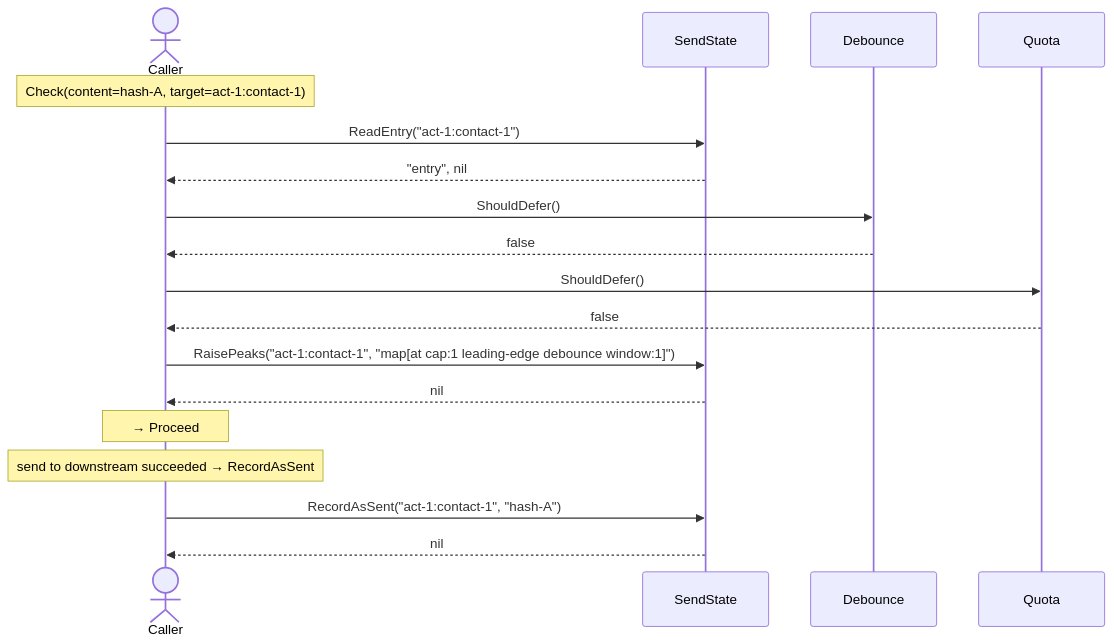
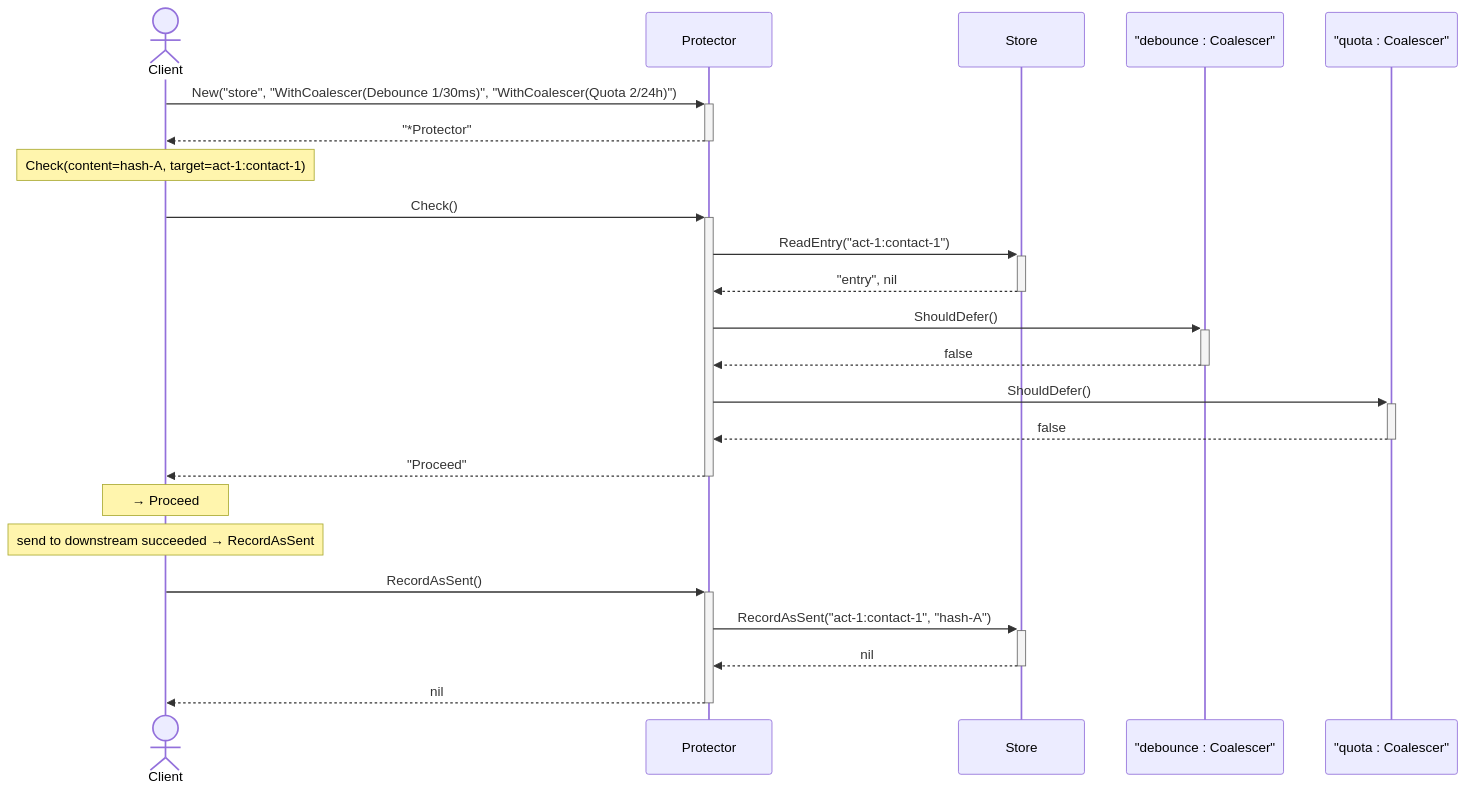
The first of 6 diagrams in protect/sequence_test.md (homemade/pith), drawn with Mermaid before and after one commit. The commit also changed other lines of this file and 18 other files, not shown here.

````diff
--- a/protect/sequence_test.md
+++ b/protect/sequence_test.md
@@ -7,21 +7,26 @@
 ```mermaid
 sequenceDiagram
-    actor C as Caller
-    participant SendState
-    participant Debounce
-    participant Quota
+    actor Client
+    participant Protector
+    participant Store
+    participant Debounce as "debounce : Coalescer"
+    participant Quota as "quota : Coalescer"
 
-    Note over C: Check(content=hash-A, target=act-1:contact-1)
-    C->>SendState: ReadEntry("act-1:contact-1")
-    SendState-->>C: "entry", nil
-    C->>Debounce: ShouldDefer()
-    Debounce-->>C: false
-    C->>Quota: ShouldDefer()
-    Quota-->>C: false
-    C->>SendState: RaisePeaks("act-1:contact-1", "map[at cap:1 leading-edge debounce window:1]")
-    SendState-->>C: nil
-    Note over C: → Proceed
-    Note over C: send to downstream succeeded → RecordAsSent
-    C->>SendState: RecordAsSent("act-1:contact-1", "hash-A")
-    SendState-->>C: nil
+    Client->>+Protector: New("store", "WithCoalescer(Debounce 1/30ms)", "WithCoalescer(Quota 2/24h)")
+    Protector-->>-Client: "*Protector"
+    Note over Client: Check(content=hash-A, target=act-1:contact-1)
+    Client->>+Protector: Check()
+    Protector->>+Store: ReadEntry("act-1:contact-1")
+    Store-->>-Protector: "entry", nil
+    Protector->>+Debounce: ShouldDefer()
+    Debounce-->>-Protector: false
+    Protector->>+Quota: ShouldDefer()
+    Quota-->>-Protector: false
+    Protector-->>-Client: "Proceed"
+    Note over Client: → Proceed
+    Note over Client: send to downstream succeeded → RecordAsSent
+    Client->>+Protector: RecordAsSent()
+    Protector->>+Store: RecordAsSent("act-1:contact-1", "hash-A")
+    Store-->>-Protector: nil
+    Protector-->>-Client: nil
 ```
````
